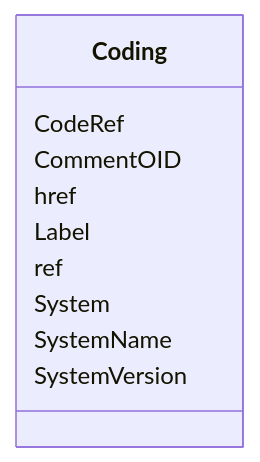
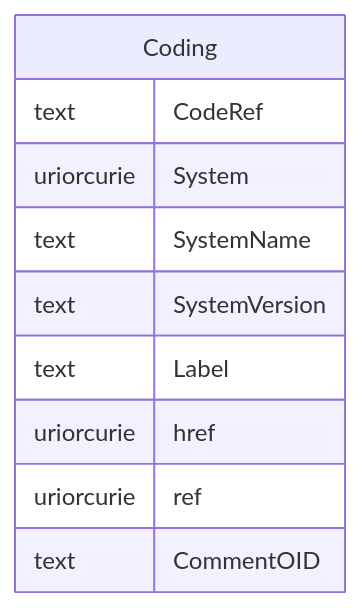
One commit to cdisc-org/DataExchange-ODM-LinkML changed the diagram in docs/Coding.md. Above: the diagram before and after it, drawn with Mermaid. The commit also changed other lines of this file and 181 other files, not shown here.

Commit message:
ER diagrams working via templates and removing names with underscores

````diff
--- a/docs/Coding.md
+++ b/docs/Coding.md
@@ -14,21 +11,16 @@
 ```mermaid
- classDiagram
-    class Coding
-      Coding : CodeRef
-        
-      Coding : CommentOID
-        
-      Coding : href
-        
-      Coding : Label
-        
-      Coding : ref
-        
-      Coding : System
-        
-      Coding : SystemName
-        
-      Coding : SystemVersion
-        
-      
+erDiagram
+Coding {
+    text CodeRef  
+    uriorcurie System  
+    text SystemName  
+    text SystemVersion  
+    text Label  
+    uriorcurie href  
+    uriorcurie ref  
+    text CommentOID  
+}
+
+
+
 ```
````
